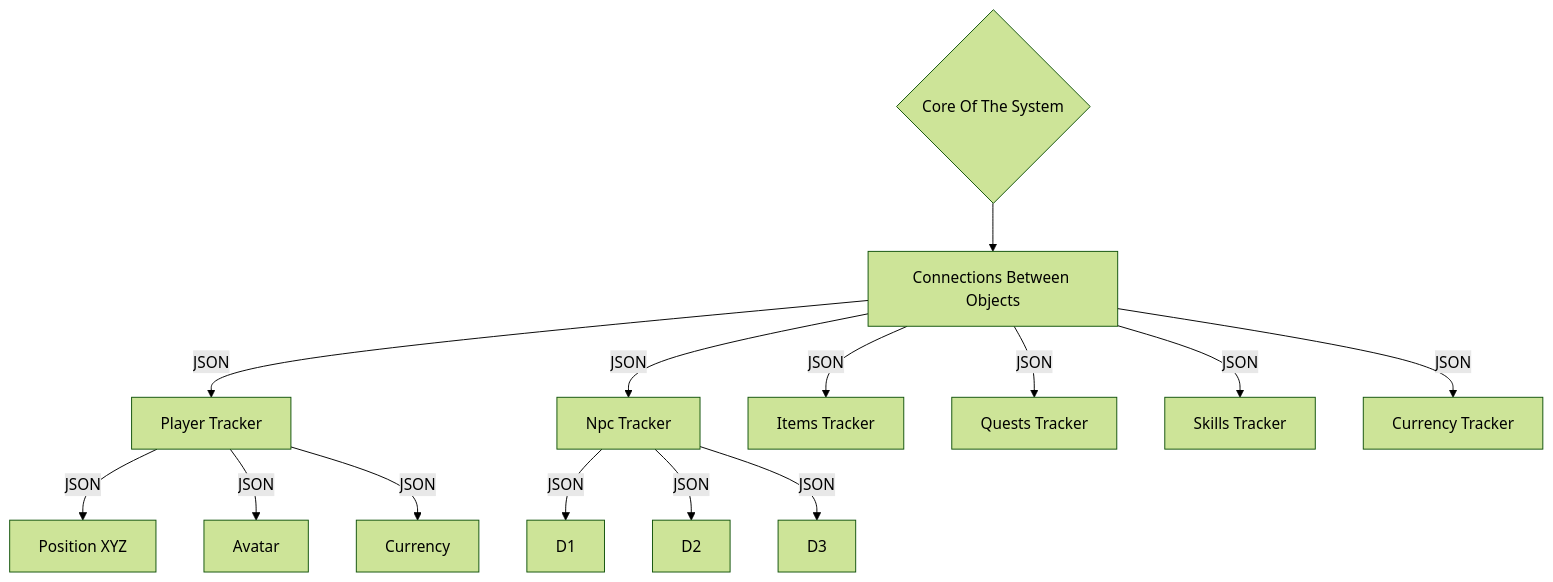
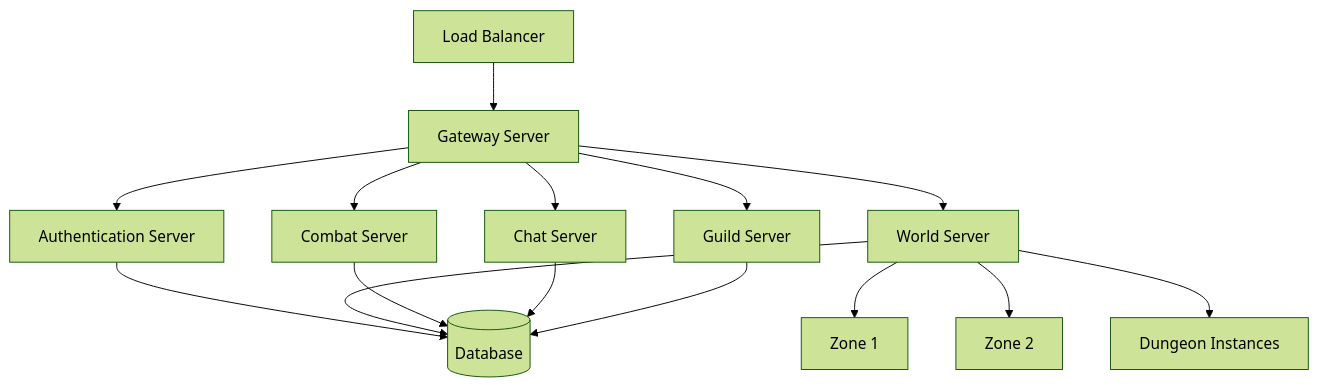
Diagram 13 of 16 in README.md (Darrenvandervelde/Cardinal-System-Tree), drawn with Mermaid (forest theme) before and after one commit. The commit also changed other lines of this file, not shown here.

````diff
--- a/README.md
+++ b/README.md
@@ -1,38 +351,22 @@
 ```mermaid
+flowchart TB
+    A[Load Balancer]
 
-flowchart TB
-  A{Core Of The System}
+    A --> B[Gateway Server]
 
-  B[Connections Between Objects]
+    B --> C[Authentication Server]
+    B --> D[World Server]
+    B --> E[Combat Server]
+    B --> F[Chat Server]
+    B --> G[Guild Server]
 
-  C[Player Tracker]
-  C1[Position XYZ]
-  C2[Avatar]
-  C3[Currency]
+    D --> H[Zone 1]
+    D --> I[Zone 2]
+    D --> J[Dungeon Instances]
 
-  D[Npc Tracker]
-
-  E[Items Tracker]
-
-  F[Quests Tracker]
-
-  G[Skills Tracker]
-
-  H[Currency Tracker]
-
-  A --> B
-  B -- JSON --> C
-  B -- JSON --> D
-  B -- JSON --> E
-  B -- JSON --> F
-  B -- JSON --> G
-  B -- JSON --> H
-
-  C -- JSON --> C1
-  C -- JSON --> C2
-  C -- JSON --> C3
-
-  D -- JSON --> D1
-  D -- JSON --> D2
-  D -- JSON --> D3
+    C --> K[(Database)]
+    D --> K
+    E --> K
+    F --> K
+    G --> K
 ```
````
